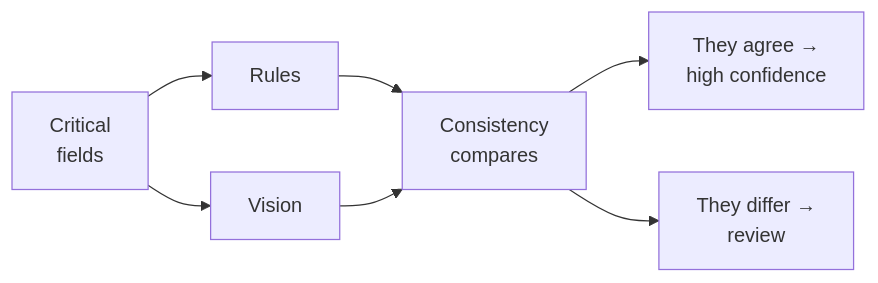
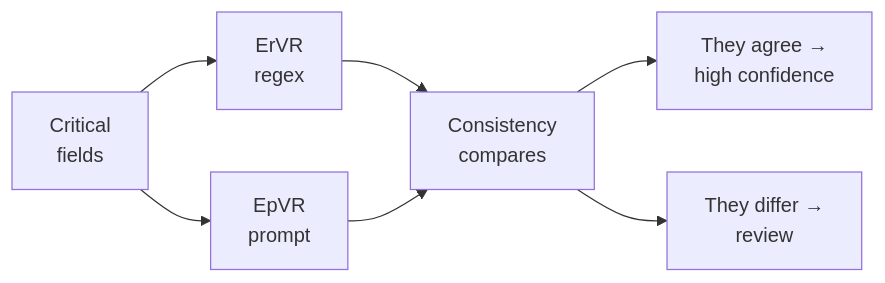
The second of 5 diagrams in README.md (mariogarcia-ar/docflow), drawn with Mermaid before and after one commit. The commit also changed other lines of this file and 1 other file, not shown here.

Commit message:
Refine documentation on extractor modes and terminology, clarifying the distinction between extractors and flows, and updating references for consistency across components.

````diff
--- a/README.md
+++ b/README.md
@@ -78,9 +100,9 @@
 ```mermaid
 graph LR
-    A["Critical<br/>fields"] --> B["Rules"]
-    A --> C["Vision"]
+    A["Critical<br/>fields"] --> B["ErVR<br/>regex"]
+    A --> C["EpVR<br/>prompt"]
     B --> D["Consistency<br/>compares"]
     C --> D
     D --> E["They agree →<br/>high confidence"]
     D --> F["They differ →<br/>review"]
 ```
````
